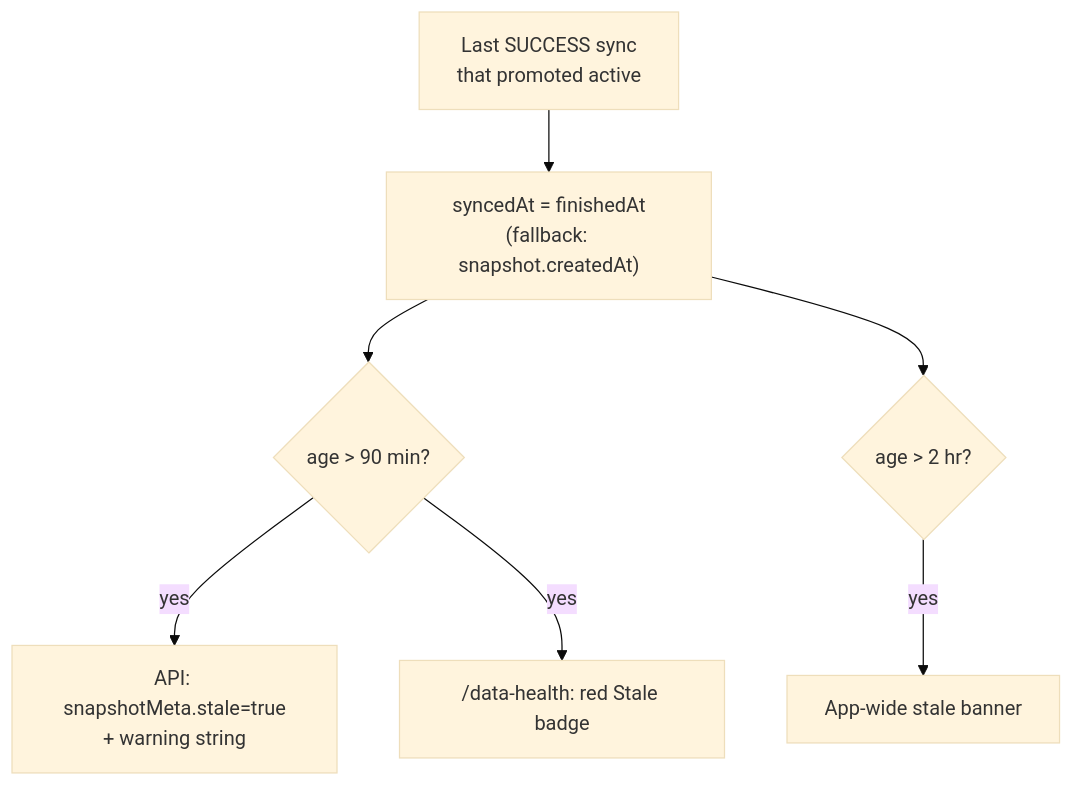
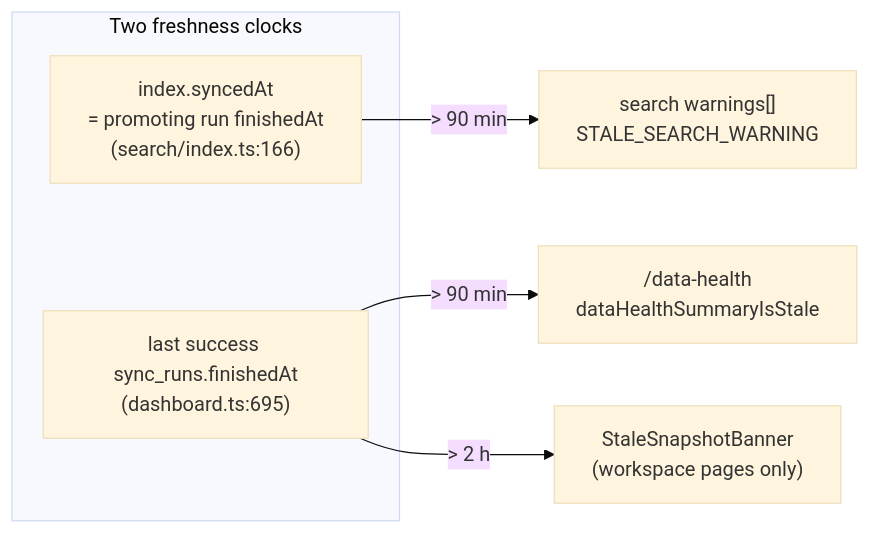
One commit to kasheesh711/bgscheduler changed the fourth of 4 diagrams in docs/operations/observability.md. Above: the diagram before and after it, drawn with Mermaid (base theme). The commit also changed other lines of this file and 63 other files, not shown here.

````diff
--- a/docs/operations/observability.md
+++ b/docs/operations/observability.md
@@ -217,9 +283,10 @@
 ```mermaid
-flowchart TD
-  ok[Last SUCCESS sync<br/>that promoted active] --> age["syncedAt = finishedAt<br/>(fallback: snapshot.createdAt)"]
-  age --> t90{age > 90 min?}
-  age --> t120{age > 2 hr?}
-  t90 -- yes --> apiwarn["API: snapshotMeta.stale=true<br/>+ warning string"]
-  t90 -- yes --> badge["/data-health: red Stale badge"]
-  t120 -- yes --> banner[App-wide stale banner]
+flowchart LR
+  subgraph clocks["Two freshness clocks"]
+    idx["index.syncedAt<br/>= promoting run finishedAt<br/>(search/index.ts:166)"]
+    led["last success sync_runs.finishedAt<br/>(dashboard.ts:695)"]
+  end
+  idx -->|"> 90 min"| sw["search warnings[]<br/>STALE_SEARCH_WARNING"]
+  led -->|"> 90 min"| dh["/data-health<br/>dataHealthSummaryIsStale"]
+  led -->|"> 2 h"| banner["StaleSnapshotBanner<br/>(workspace pages only)"]
 ```
````
